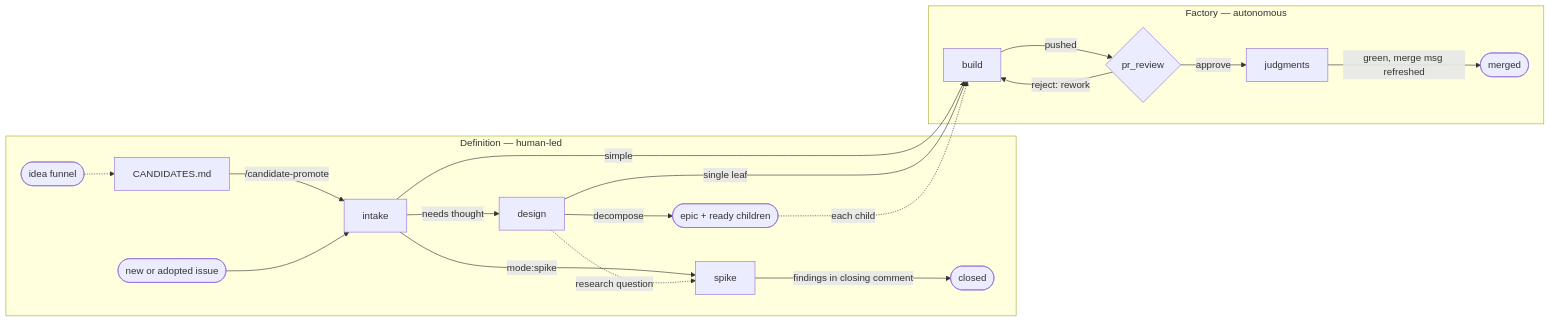
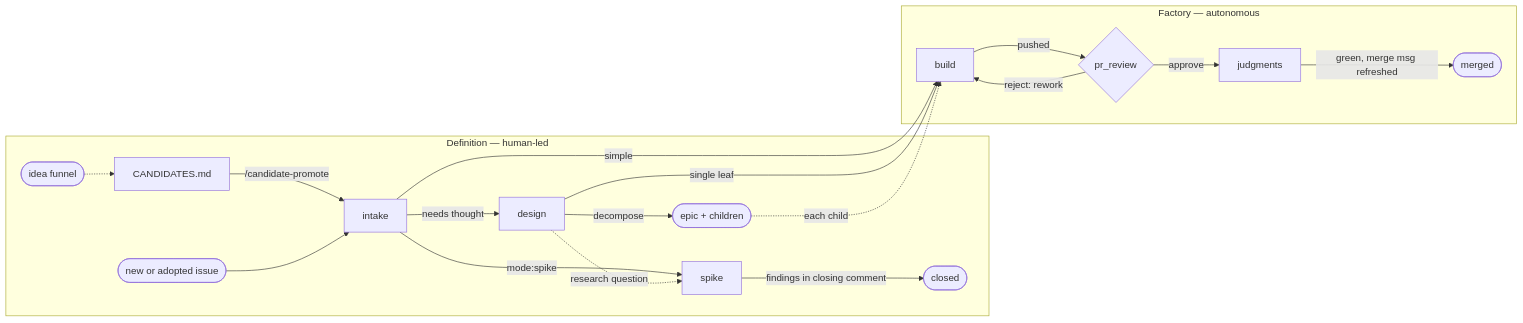
Before and after one commit to GeoffNordling/dev-playbook: the diagram in software-factory/software-factory.md, drawn with Mermaid. The commit also changed other lines of this file and 5 other files, not shown here.

````diff
--- a/software-factory/software-factory.md
+++ b/software-factory/software-factory.md
@@ -34,24 +34,24 @@
 ```mermaid
 flowchart LR
     subgraph definition[Definition — human-led]
         ideas([idea funnel]) -.-> cand[CANDIDATES.md]
         cand -->|/candidate-promote| intake[intake]
         stub([new or adopted issue]) --> intake
         intake -->|needs thought| design[design]
         intake -->|mode:spike| spike[spike]
         design -.->|research question| spike
-        design -->|decompose| epic([epic + ready children])
+        design -->|decompose| epic([epic + children])
         spike -->|findings in closing comment| closed([closed])
     end
 
     subgraph factory[Factory — autonomous]
         build[build] -->|pushed| pr_review{pr_review}
         pr_review -->|reject: rework| build
         pr_review -->|approve| judgments[judgments]
         judgments -->|green, merge msg refreshed| done([merged])
     end
 
     intake -->|simple| build
     design -->|single leaf| build
     epic -.->|each child| build
 ```
````
